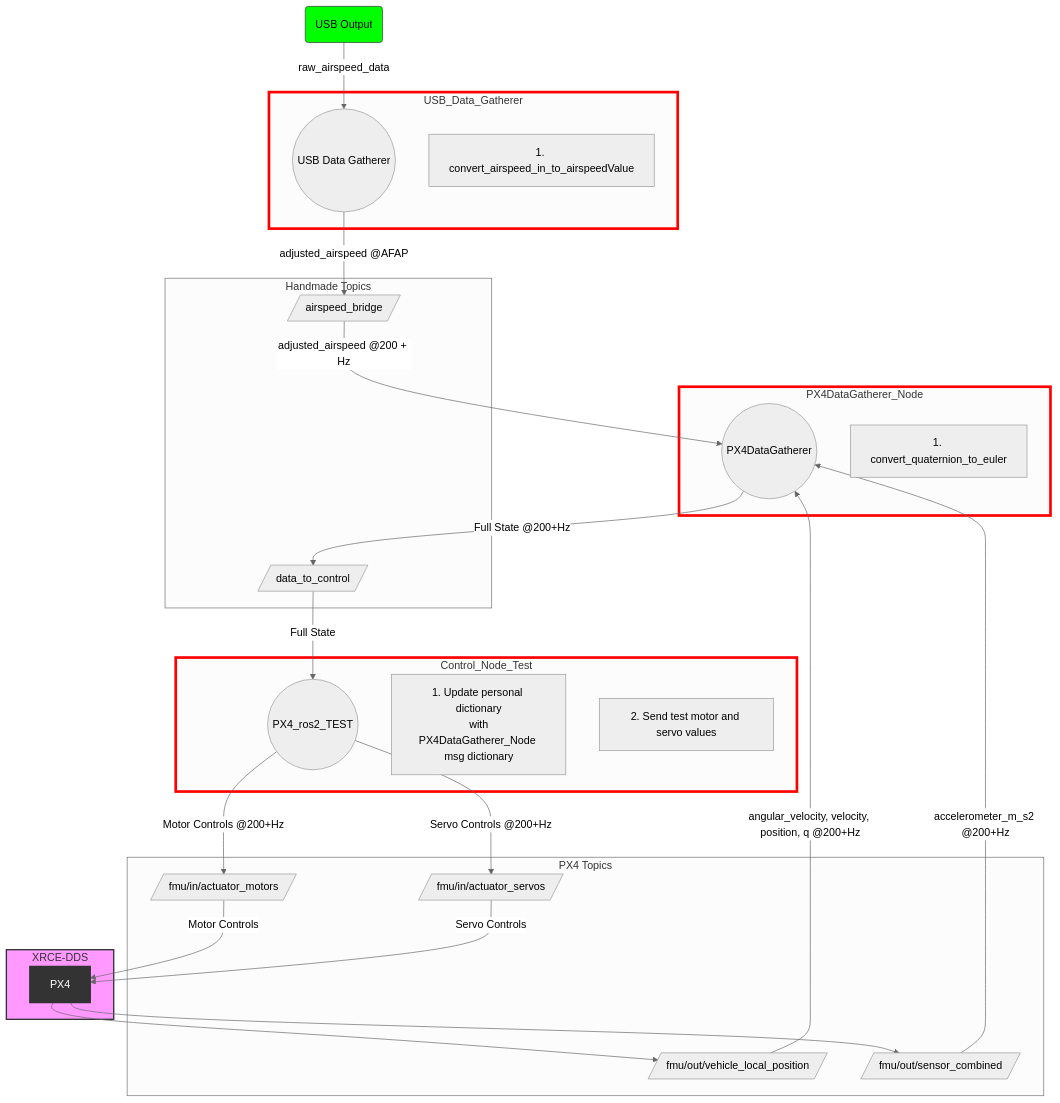
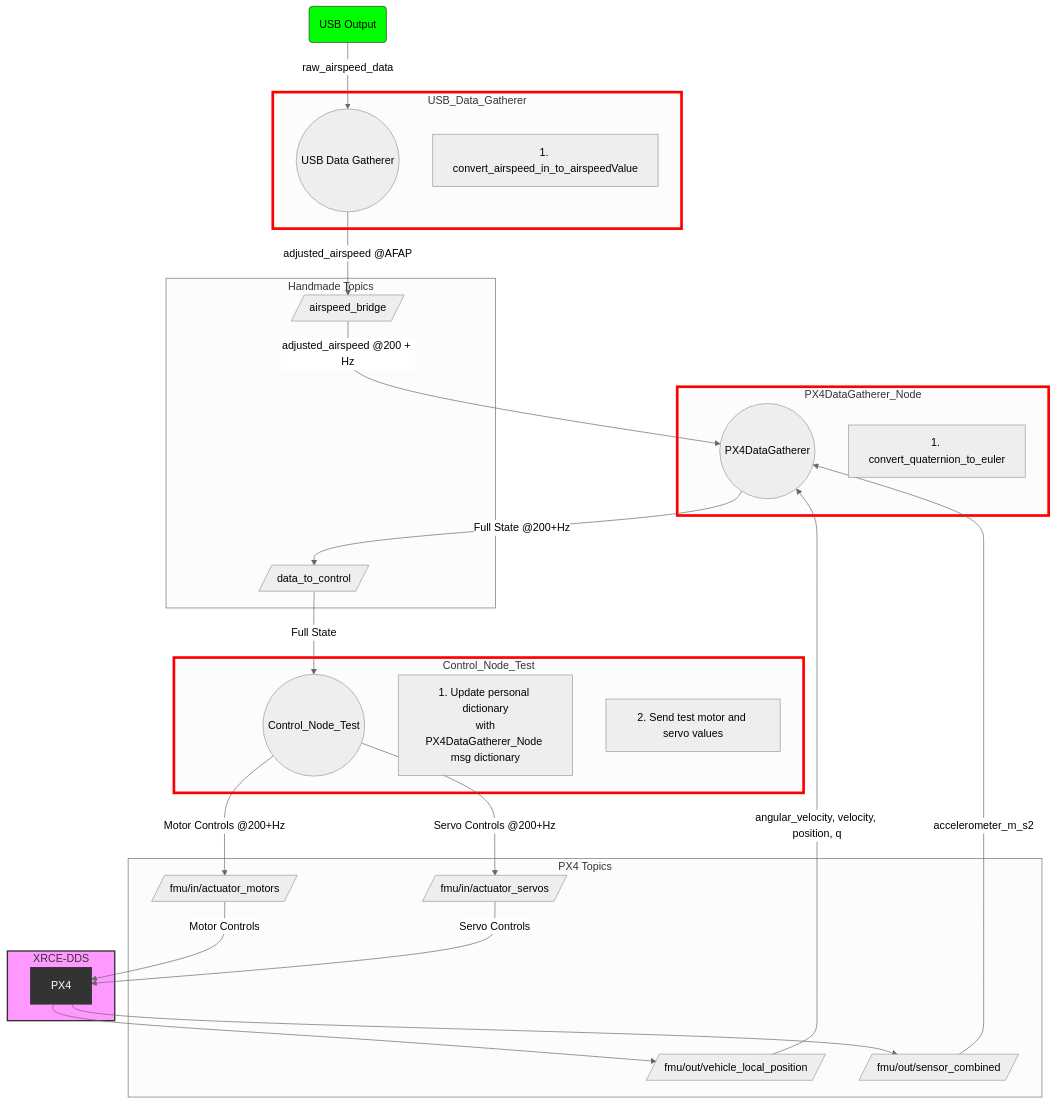
The first of 2 diagrams in README.md (FredJones4/vtol_ctrl_ros2), drawn with Mermaid (neutral theme) before and after one commit. The commit also changed other lines of this file, not shown here.

````diff
--- a/README.md
+++ b/README.md
@@ -126,65 +135,65 @@
 ```mermaid
 graph TD
     subgraph PX4DataGatherer_Node
         A((PX4DataGatherer))
         A1[1. convert_quaternion_to_euler]
         
     end
 
     A-->|Full State @200+Hz| G2T
     G2T --> |Full State| H
 
     subgraph PX4 Topics
         D2[/fmu/in/actuator_servos/]
         D1[/fmu/in/actuator_motors/]
         D[/fmu/out/vehicle_local_position/]
         E[/fmu/out/sensor_combined/]
     end
 
     subgraph Handmade Topics
         F[/airspeed_bridge/]
         G2T[/data_to_control/]
     end
 
     H -->|Motor Controls @200+Hz| D1
     H --> |Servo Controls @200+Hz|D2
     D1 -->|Motor Controls|PX4
     D2 -->|Servo Controls|PX4
 
     subgraph USB_Data_Gatherer
         G((USB Data Gatherer))
         A2[1. convert_airspeed_in_to_airspeedValue]
        
     end
 
     USB(USB Output)
     USB -->|raw_airspeed_data| G
 
     subgraph XRCE-DDS
         PX4[PX4]
         PX4 --> D
         PX4 --> E
     end
 
     subgraph Control_Node_Test
-        H((PX4_ros2_TEST))
+        H((Control_Node_Test))
         H2[1. Update personal dictionary<br> with PX4DataGatherer_Node msg dictionary]
         H1[2. Send test motor and servo values]
     end
     
     style Control_Node_Test stroke-width:4px,stroke:#ff0000
     style PX4DataGatherer_Node stroke-width:4px,stroke:#ff0000
     style USB_Data_Gatherer stroke-width:4px,stroke:#ff0000
     style XRCE-DDS fill:#f9f,stroke:#333,stroke-width:2px
     style PX4 fill:#333,stroke:#333,stroke-width:2px,color:#fff
 
     style USB fill:#00ff00,stroke:#333,color:#000
 
-    D -->|angular_velocity, velocity, position, q @200+Hz| A
-    E -->|accelerometer_m_s2 @200+Hz| A
+    D -->|angular_velocity, velocity, position, q | A
+    E -->|accelerometer_m_s2 | A
 
     G --> |adjusted_airspeed @AFAP| F
     F -->|adjusted_airspeed @200 + Hz| A
 
 
 ```
````
